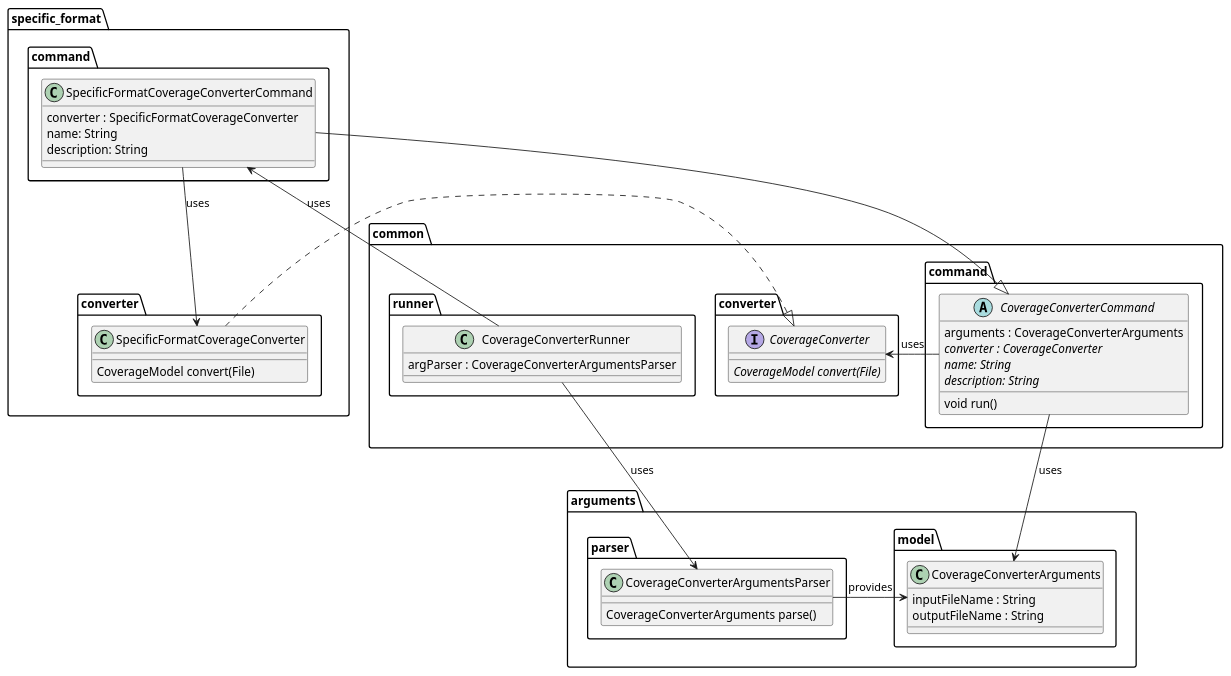
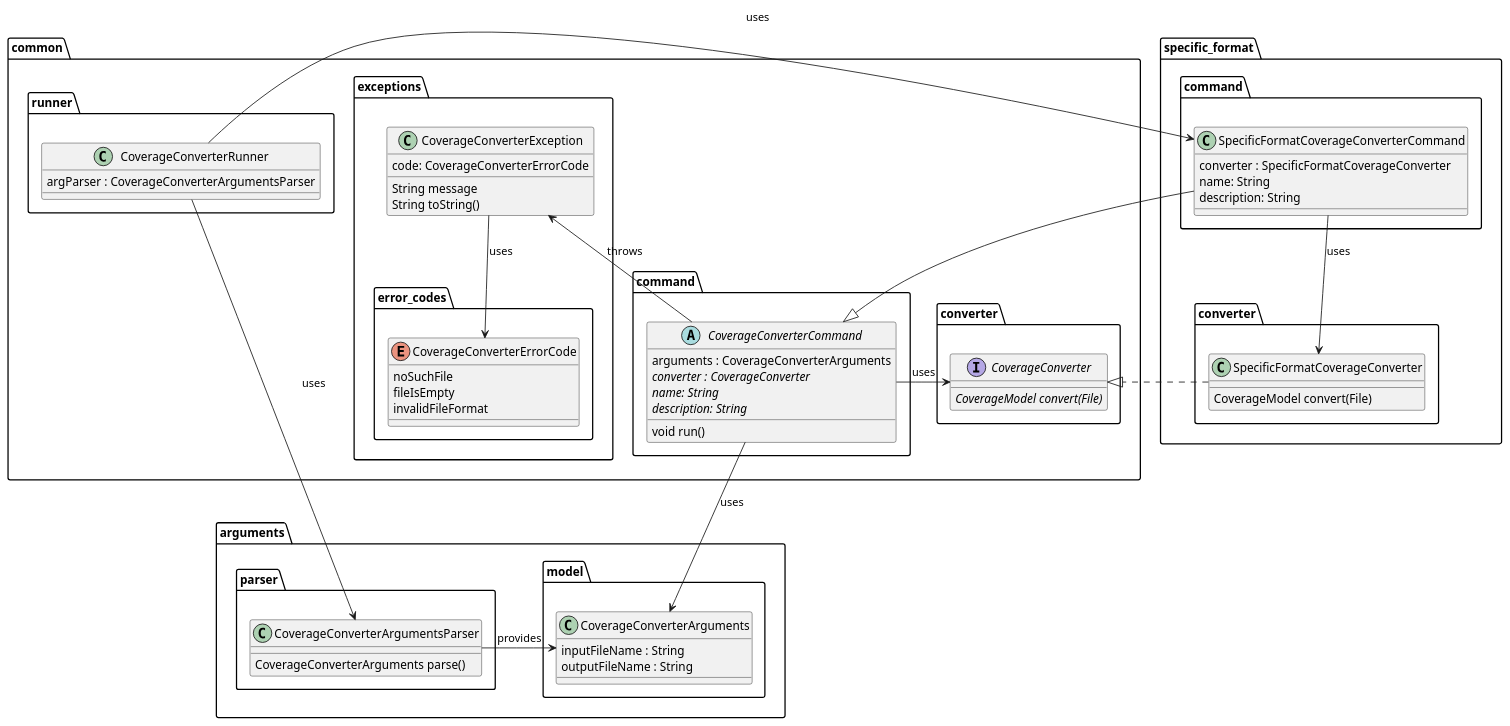
One commit to Flank/flank-dashboard changed the diagram in metrics/coverage_converter/docs/diagrams/coverage_class_diagram.puml. Above: the diagram before and after it, drawn with PlantUML. The commit also changed 5 other files, not shown here.

```diff
--- a/metrics/coverage_converter/docs/diagrams/coverage_class_diagram.puml
+++ b/metrics/coverage_converter/docs/diagrams/coverage_class_diagram.puml
@@ -1,74 +1,95 @@
 @startuml coverage_class_diagram
 
 package arguments {
     package model {
         class CoverageConverterArguments {
             inputFileName : String
             outputFileName : String
         }
     }
 
     package parser {
         class CoverageConverterArgumentsParser {
             CoverageConverterArguments parse()
         }
     }
 }
 
 package common {
     package command {
         abstract CoverageConverterCommand {
             arguments : CoverageConverterArguments
             {abstract} converter : CoverageConverter
             {abstract} name: String
             {abstract} description: String
             void run()
         }
     }
 
     package converter {
         interface CoverageConverter {
             {abstract} CoverageModel convert(File)
         }
     }
 
 
     package runner {
         class CoverageConverterRunner {
             argParser : CoverageConverterArgumentsParser
         }
     }
+
+    package exceptions {
+        class CoverageConverterException{
+            code: CoverageConverterErrorCode
+            {method} String message
+            String toString()
+        }
+
+
+        package error_codes {
+            enum CoverageConverterErrorCode {
+                noSuchFile
+                fileIsEmpty
+                invalidFileFormat
+            }
+        }
+    }
 }
 
 package specific_format {
     package converter as specific_format.converter {
         class SpecificFormatCoverageConverter {
             CoverageModel convert(File)
         }
     }
 
     package command as specific_format.command {
         class SpecificFormatCoverageConverterCommand {
             converter : SpecificFormatCoverageConverter
             name: String
             description: String
         }
     }
 }
 
 
 CoverageConverterRunner -right-> SpecificFormatCoverageConverterCommand : uses
 CoverageConverterRunner --> CoverageConverterArgumentsParser : uses
 
 CoverageConverterArgumentsParser -left-> CoverageConverterArguments : provides
 
 SpecificFormatCoverageConverterCommand --> SpecificFormatCoverageConverter : uses
 SpecificFormatCoverageConverterCommand --|> CoverageConverterCommand
 
 SpecificFormatCoverageConverter .down.|> CoverageConverter
 
 CoverageConverterCommand --> CoverageConverterArguments : uses
 CoverageConverterCommand -left-> CoverageConverter : uses
+CoverageConverterCommand -up-> CoverageConverterException : throws
+
+CoverageConverterException --> CoverageConverterErrorCode : uses
+
 
 
 @enduml
```
